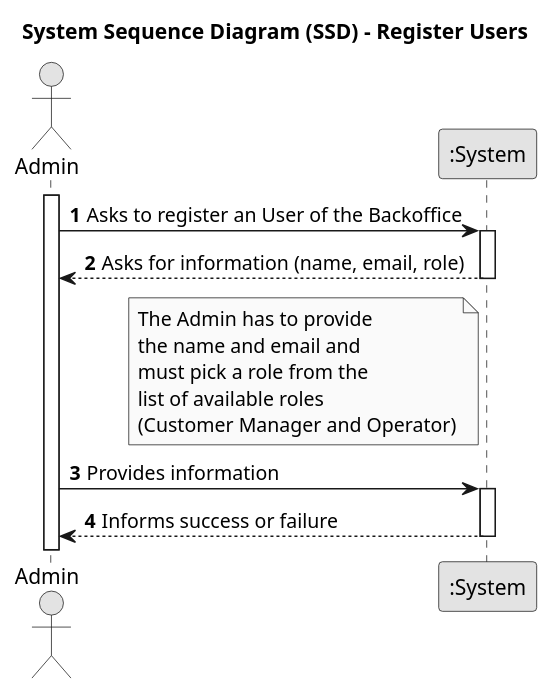
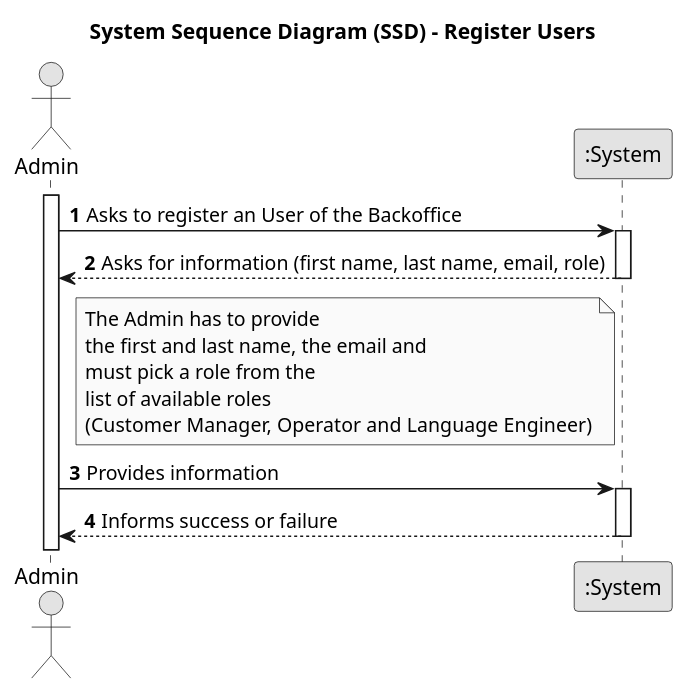
The diagram in docs/sprintb/us_1000/01.requirements-engineering/puml/SSD-US1000-registerUsers.puml (PureNimble/ISEP-LAPR4), drawn with PlantUML before and after one commit. The commit also changed 2 other files, not shown here.

```diff
--- a/docs/sprintb/us_1000/01.requirements-engineering/puml/SSD-US1000-registerUsers.puml
+++ b/docs/sprintb/us_1000/01.requirements-engineering/puml/SSD-US1000-registerUsers.puml
@@ -1,30 +1,30 @@
 @startuml
 skinparam monochrome true
 skinparam packageStyle rectangle
 skinparam shadowing false
 
 title System Sequence Diagram (SSD) - Register Users
 
 autonumber
 
 actor "Admin" as Admin
 participant ":System" as System
 
 activate Admin
 
     Admin -> System : Asks to register an User of the Backoffice
     activate System
 
-        System --> Admin : Asks for information (name, email, role)
-        note left System : The Admin has to provide \nthe name and email and \nmust pick a role from the \nlist of available roles \n(Customer Manager and Operator)
+        System --> Admin : Asks for information (first name, last name, email, role)
+        note left System : The Admin has to provide \nthe first and last name, the email and \nmust pick a role from the \nlist of available roles \n(Customer Manager, Operator and Language Engineer)
 
     deactivate System
 
     Admin -> System : Provides information
     activate System
 
         System --> Admin : Informs success or failure
 
     deactivate System
 
 @enduml
```
